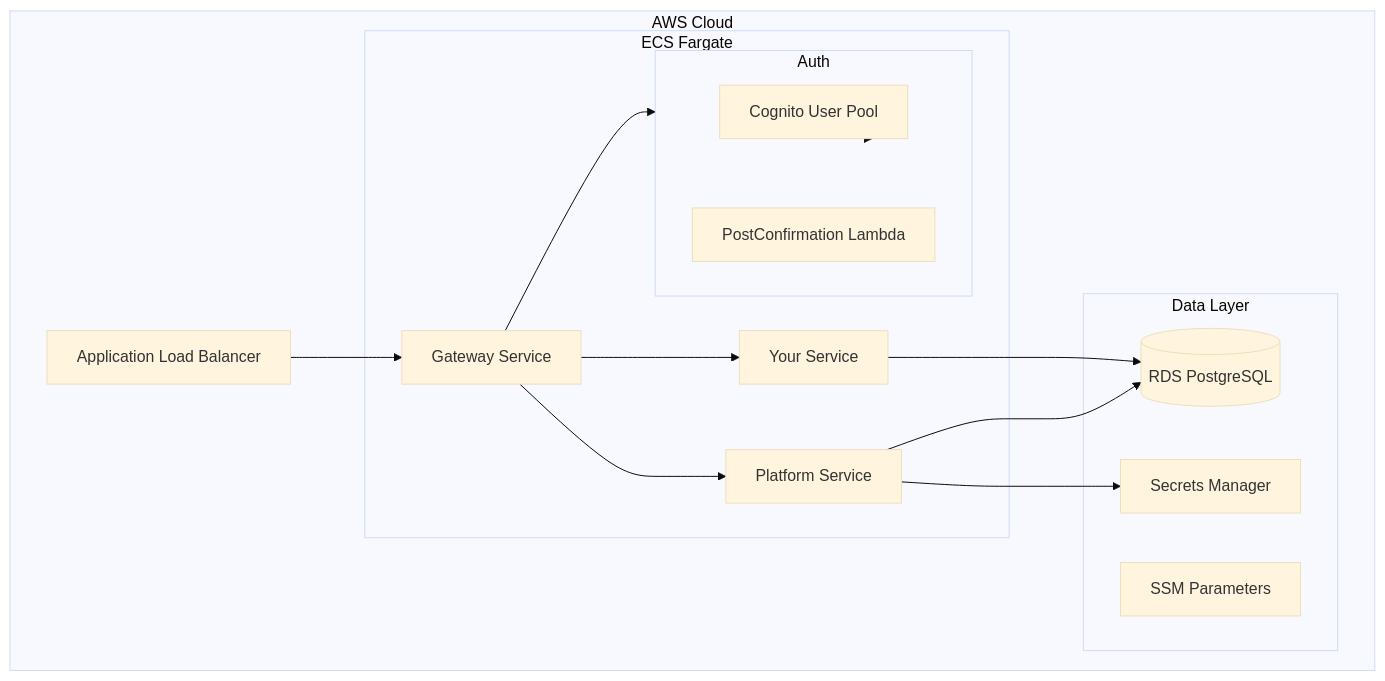
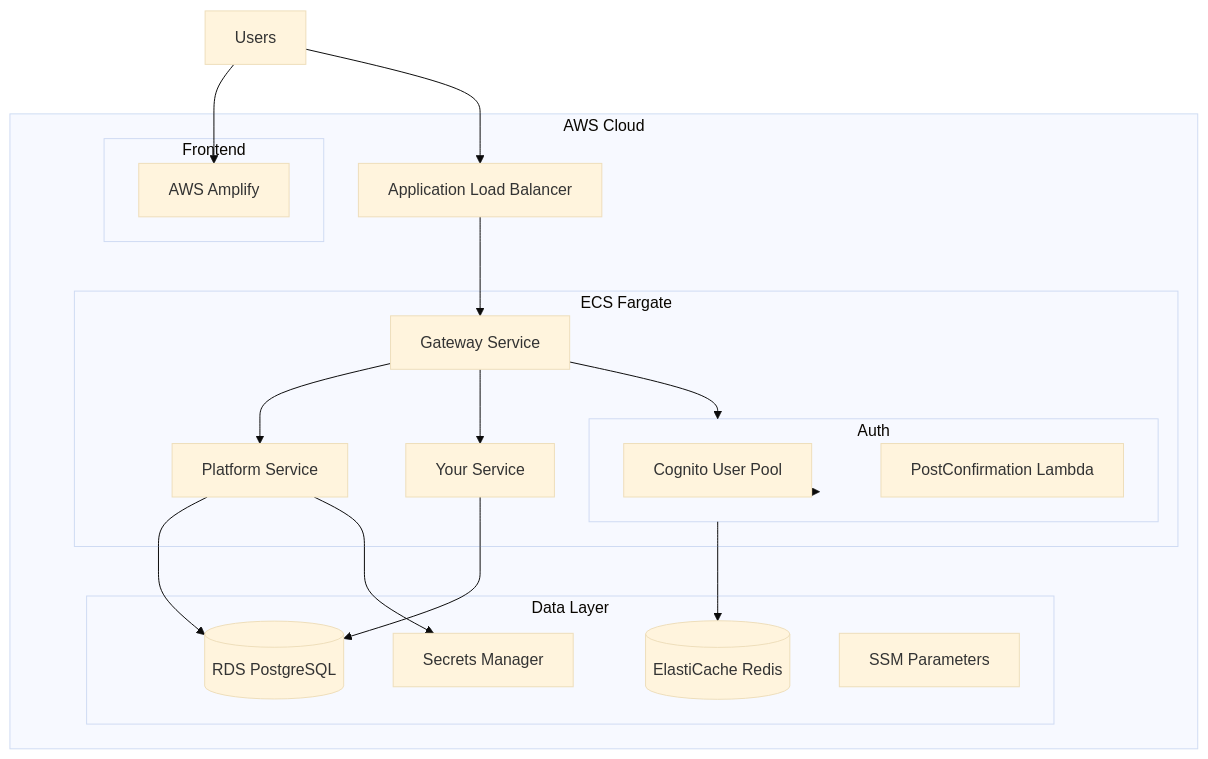
Diagram 19 of 19 in HLD.md (pawanraocse/aws-infra), drawn with Mermaid (base theme) before and after one commit. The commit also changed other lines of this file and 12 other files, not shown here.

````diff
--- a/HLD.md
+++ b/HLD.md
@@ -3017,33 +3025,41 @@
 ```mermaid
 graph TB
     subgraph "AWS Cloud"
         ALB[Application Load Balancer]
         
         subgraph "ECS Fargate"
             Gateway[Gateway Service]
             Auth[Auth Service]
             Platform[Platform Service]
             Backend[Your Service]
         end
         
         subgraph "Data Layer"
             RDS[(RDS PostgreSQL)]
+            Redis[(ElastiCache Redis)]
             Secrets[Secrets Manager]
             SSM[SSM Parameters]
+        end
+        
+        subgraph "Frontend"
+            Amplify[AWS Amplify]
         end
         
         subgraph "Auth"
             Cognito[Cognito User Pool]
             Lambda[PostConfirmation Lambda]
         end
     end
     
+    Users --> Amplify
+    Users --> ALB
     ALB --> Gateway
     Gateway --> Auth
     Gateway --> Platform
     Gateway --> Backend
     Auth --> Cognito
     Platform --> RDS
     Backend --> RDS
+    Auth --> Redis
     Platform --> Secrets
 ```
````
